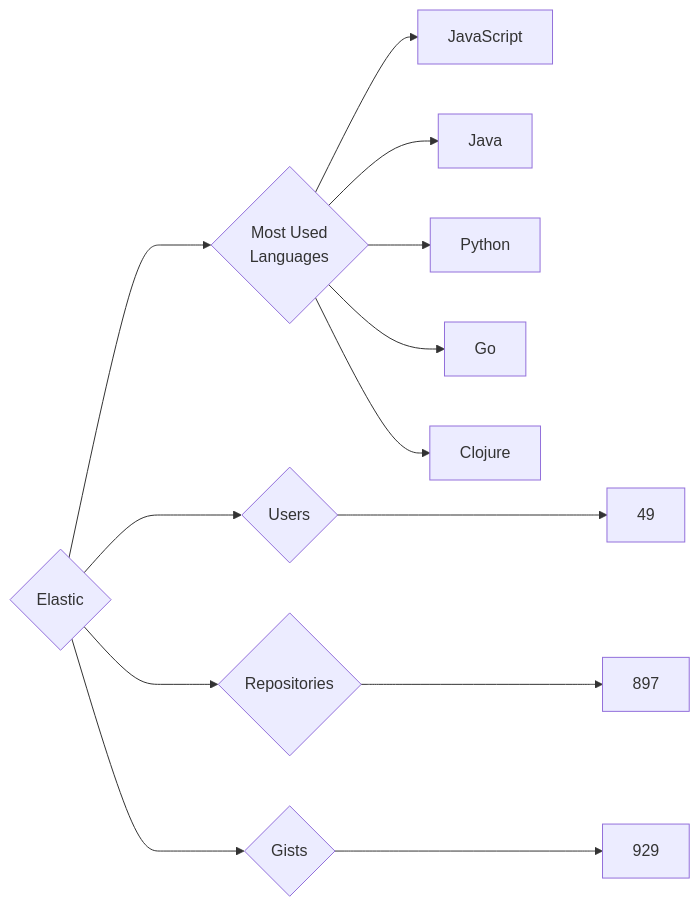
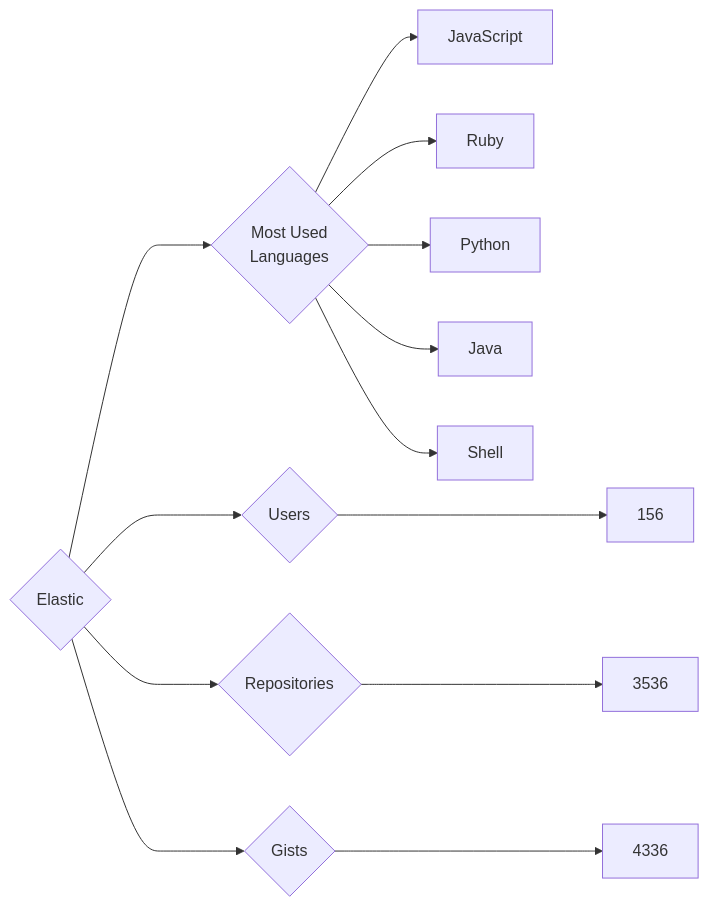
The diagram in targets/Elastic/README.md (trickest/insiders), drawn with Mermaid before and after one commit. The commit also changed 809 other files, not shown here.

````diff
--- a/targets/Elastic/README.md
+++ b/targets/Elastic/README.md
@@ -3,13 +3,13 @@
 ```mermaid
 graph LR
 COMPANY_NAME{Elastic}
-COMPANY_NAME ---> U{Users} ---> UN[49]
-COMPANY_NAME ---> R{Repositories} ---> RN[897]
-COMPANY_NAME ---> G{Gists} ---> GN[929]
+COMPANY_NAME ---> U{Users} ---> UN[156]
+COMPANY_NAME ---> R{Repositories} ---> RN[3536]
+COMPANY_NAME ---> G{Gists} ---> GN[4336]
 COMPANY_NAME ---> ML{Most Used<br>Languages}
 ML --> JavaScript[JavaScript]
+ML --> Ruby[Ruby]
+ML --> Python[Python]
 ML --> Java[Java]
-ML --> Python[Python]
-ML --> Go[Go]
-ML --> Clojure[Clojure]
+ML --> Shell[Shell]
 ```
````
